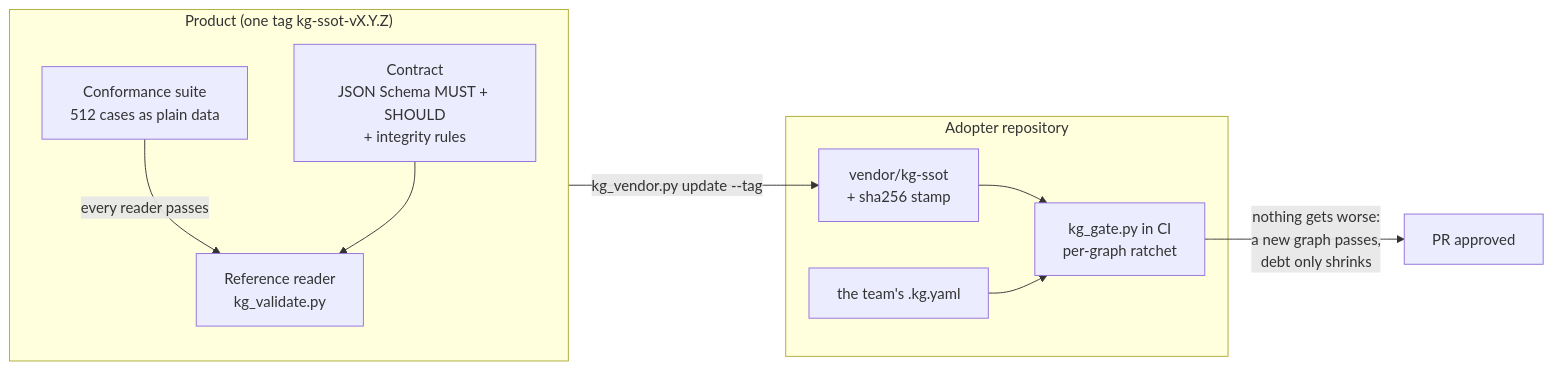
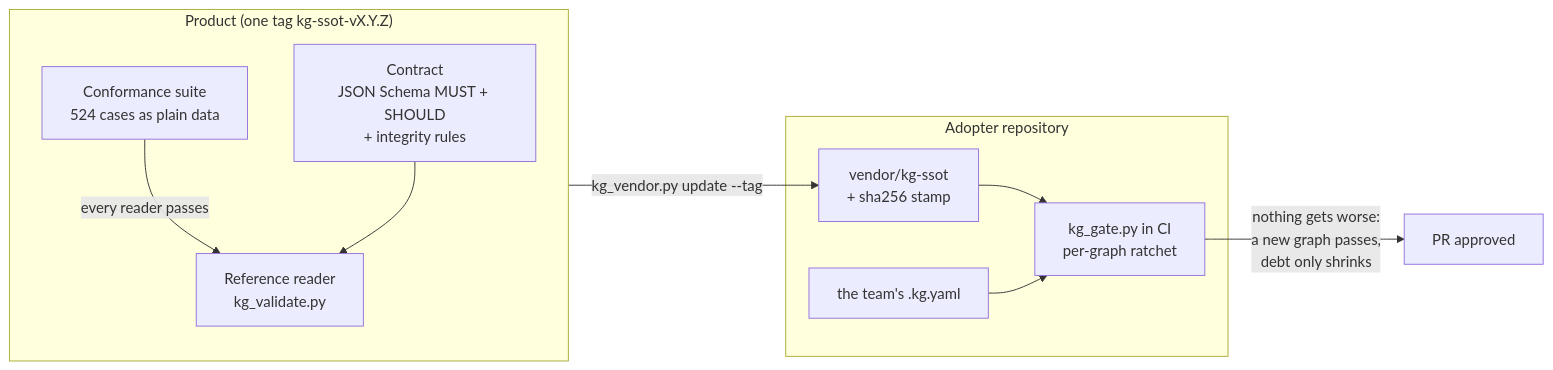
The diagram in README.md (marciocar/kg-ssot), drawn with Mermaid before and after one commit. The commit also changed other lines of this file and 48 other files, not shown here.

````diff
--- a/README.md
+++ b/README.md
@@ -159,19 +159,19 @@
 ```mermaid
 flowchart LR
   subgraph product["Product (one tag kg-ssot-vX.Y.Z)"]
     C["Contract<br/>JSON Schema MUST + SHOULD<br/>+ integrity rules"]
-    S["Conformance suite<br/>512 cases as plain data"]
+    S["Conformance suite<br/>524 cases as plain data"]
     R["Reference reader<br/>kg_validate.py"]
     S -- "every reader passes" --> R
     C --> R
   end
   subgraph adopter["Adopter repository"]
     V["vendor/kg-ssot<br/>+ sha256 stamp"]
     G["kg_gate.py in CI<br/>per-graph ratchet"]
     K["the team's .kg.yaml"]
     V --> G
     K --> G
   end
   product -- "kg_vendor.py update --tag" --> V
   G -- "nothing gets worse:<br/>a new graph passes,<br/>debt only shrinks" --> PR["PR approved"]
 ```
````
